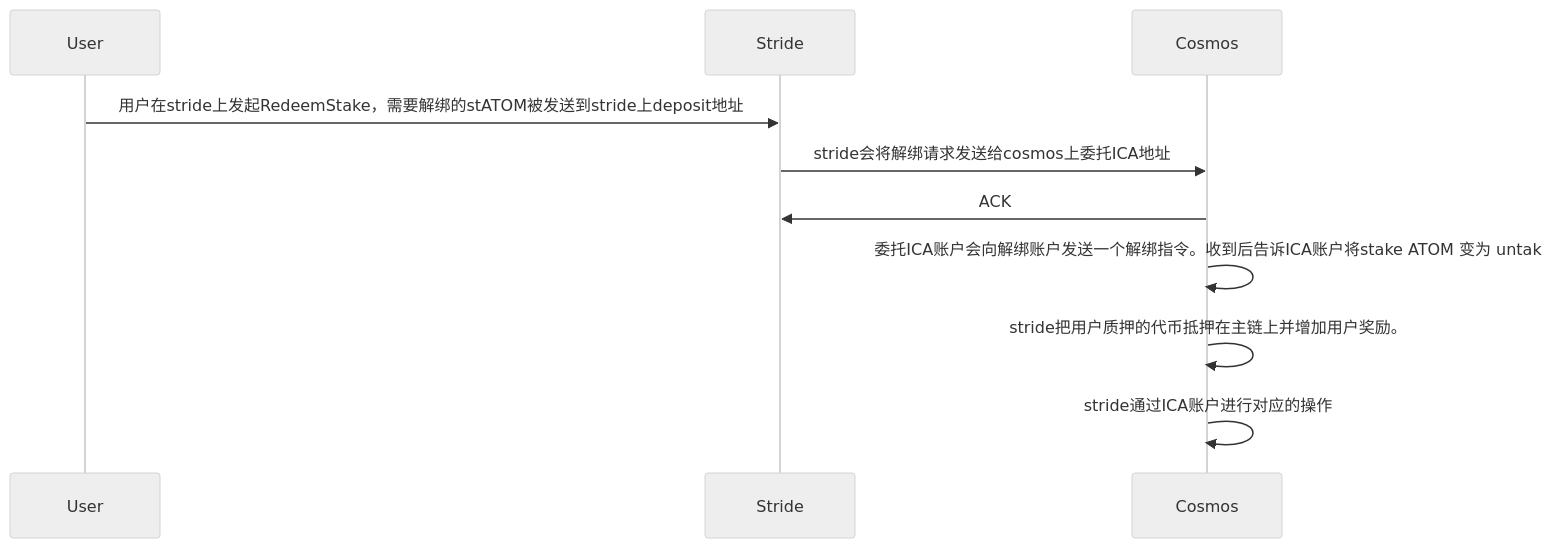
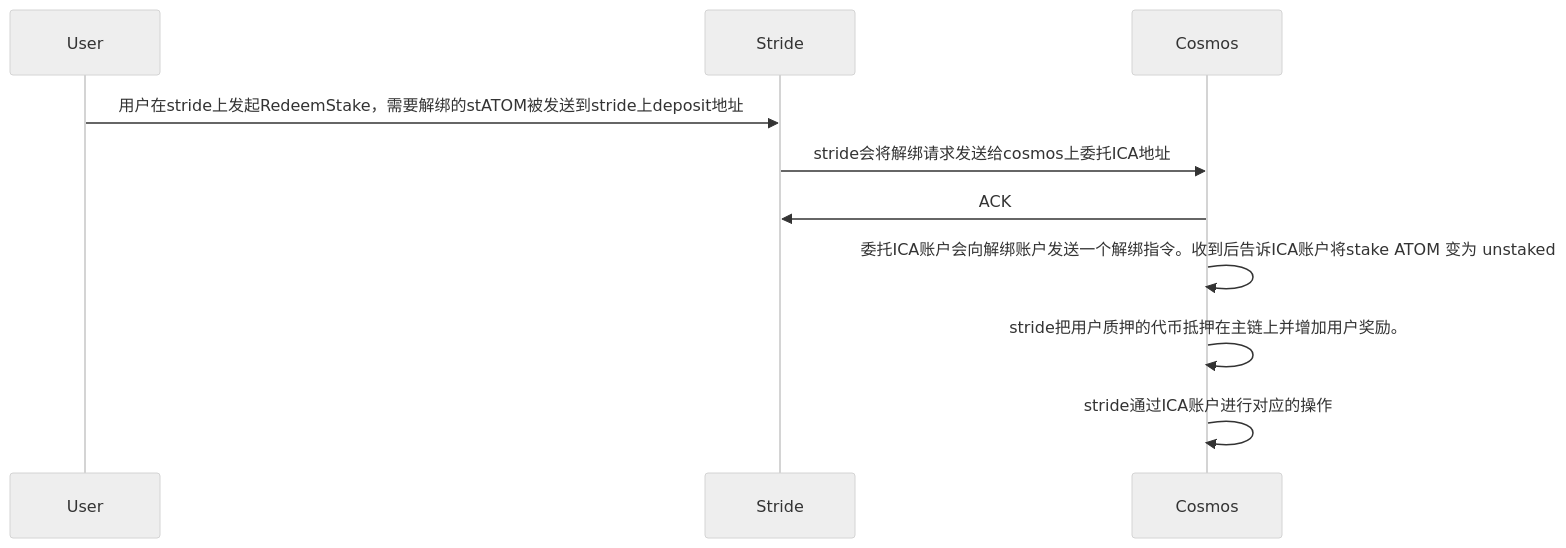
One commit to yingjianzh/iodraw-files changed the diagram in all/unbonding.md. Above: the diagram before and after it, drawn with Mermaid (neutral theme).

Commit message:
2024-03-28 15:17:07 update

````diff
--- a/all/unbonding.md
+++ b/all/unbonding.md
@@ -1,9 +1,9 @@
 ```mermaid
 sequenceDiagram
     User->>Stride: 用户在stride上发起RedeemStake，需要解绑的stATOM被发送到stride上deposit地址
     Stride->>Cosmos: stride会将解绑请求发送给cosmos上委托ICA地址
     Cosmos->>Stride: ACK
-    Cosmos->>Cosmos: 委托ICA账户会向解绑账户发送一个解绑指令。收到后告诉ICA账户将stake ATOM 变为 untak
+    Cosmos->>Cosmos: 委托ICA账户会向解绑账户发送一个解绑指令。收到后告诉ICA账户将stake ATOM 变为 unstaked
     Cosmos->>Cosmos: stride把用户质押的代币抵押在主链上并增加用户奖励。
     Cosmos->>Cosmos: stride通过ICA账户进行对应的操作
 ```
````
